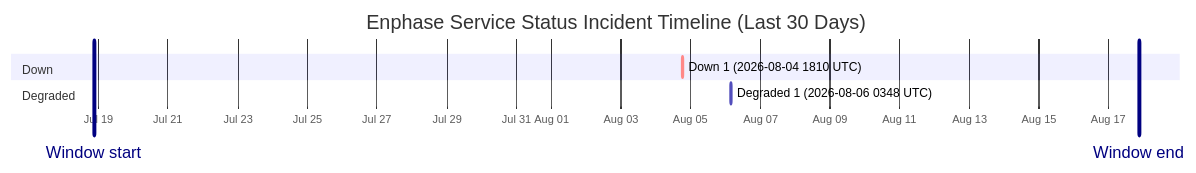
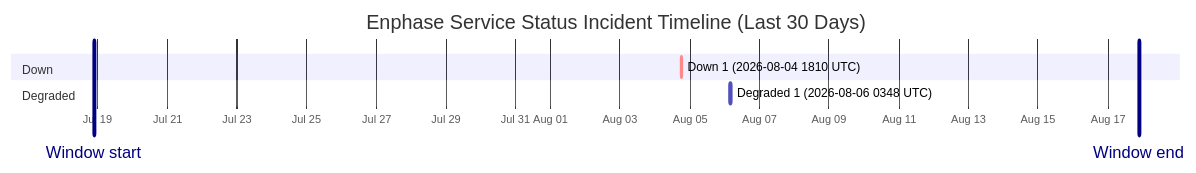
Before and after one commit to barneyonline/ha-enphase-energy: the diagram in wiki/Service-Status-History.md, drawn with Mermaid. The commit also changed other lines of this file and 3 other files, not shown here.

````diff
--- a/wiki/Service-Status-History.md
+++ b/wiki/Service-Status-History.md
@@ -14,12 +14,12 @@
 ```mermaid
 gantt
     title Enphase Service Status Incident Timeline (Last 30 Days)
     dateFormat  YYYY-MM-DDTHH:mm:ss
     axisFormat  %b %d
-    Window start :vert, window-start, 2026-07-18T20:53:29, 0ms
-    Window end :vert, window-end, 2026-08-17T20:53:29, 0ms
+    Window start :vert, window-start, 2026-07-18T21:23:48, 0ms
+    Window end :vert, window-end, 2026-08-17T21:23:48, 0ms
     section Down
     Down 1 (2026-08-04 1810 UTC) :crit, down-1, 2026-08-04T18:10:46, 60m
     section Degraded
     Degraded 1 (2026-08-06 0348 UTC) :active, degraded-1, 2026-08-06T03:48:14, 60m
 ```
````
